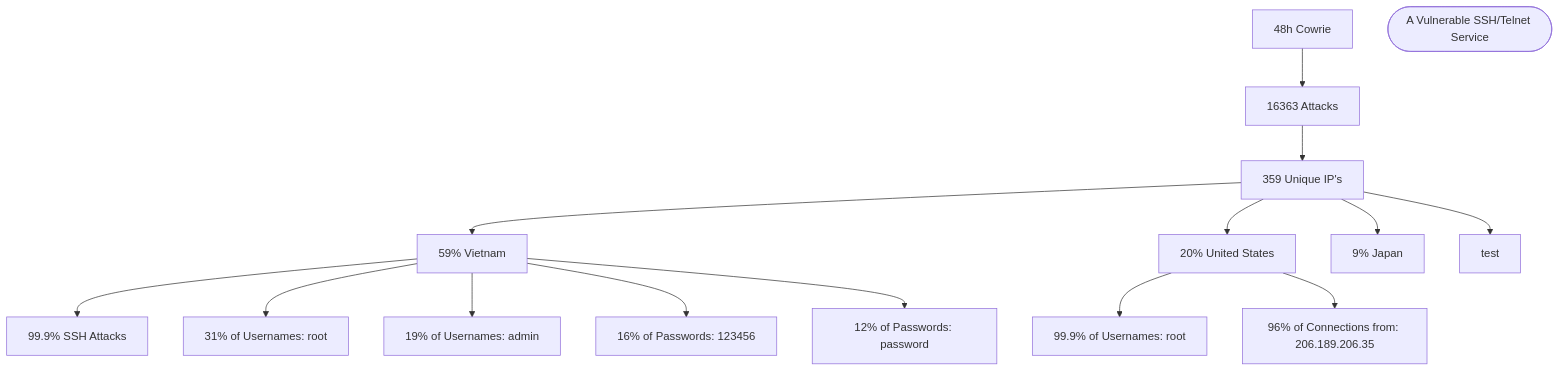
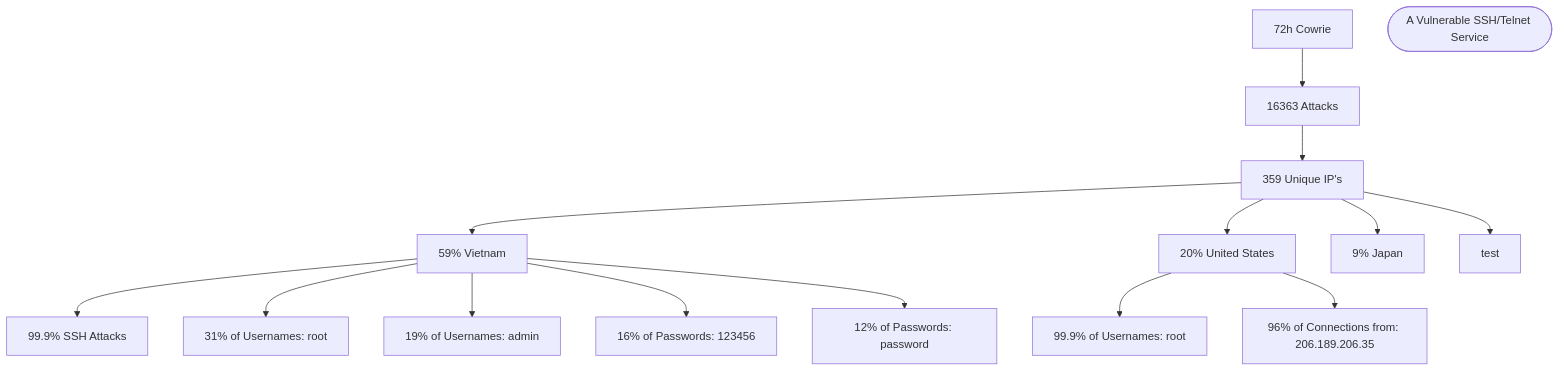
Before and after one commit to matthewomccorkle/matthewomccorkle.github.io: the second of 2 diagrams in in_depth_data.md, drawn with Mermaid. The commit also changed other lines of this file, not shown here.

````diff
--- a/in_depth_data.md
+++ b/in_depth_data.md
@@ -25,17 +25,17 @@
 ```mermaid
 flowchart TD
-A[48h Cowrie] -->B[16363 Attacks]
+A[72h Cowrie] -->B[16363 Attacks]
     B[16363 Attacks] -->C[359 Unique IP's]
     C[359 Unique IP's] -->D[59% Vietnam]
     C[359 Unique IP's] -->E[20% United States]
     C[359 Unique IP's] -->F[9% Japan]
     D[59% Vietnam] -->G[99.9% SSH Attacks]
     D[59% Vietnam] -->H[31% of Usernames: root]
     D[59% Vietnam] -->I[19% of Usernames: admin]
     D[59% Vietnam] -->J[16% of Passwords: 123456]
     D[59% Vietnam] -->K[12% of Passwords: password]
 E[20% United States] -->L[99.9% of Usernames: root]
 E[20% United States] -->M[96% of Connections from: 206.189.206.35]
 C[359 Unique IP's] -->N[test]
 id1([A Vulnerable SSH/Telnet Service])
 ```
````
